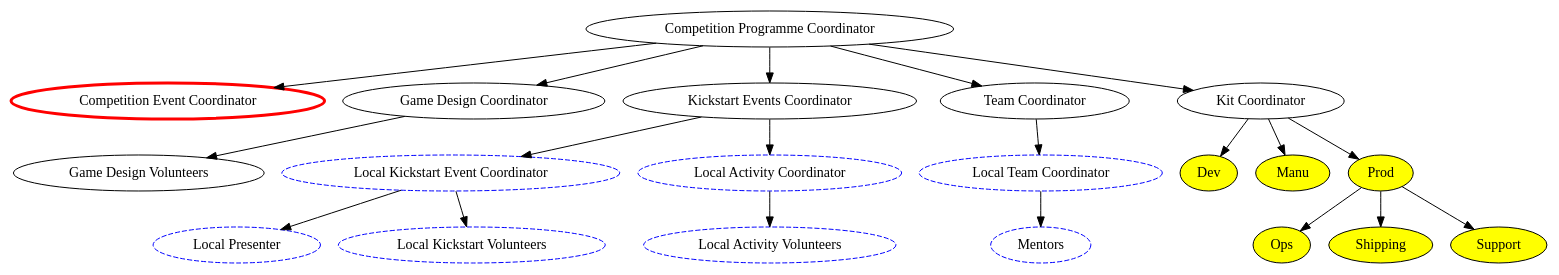
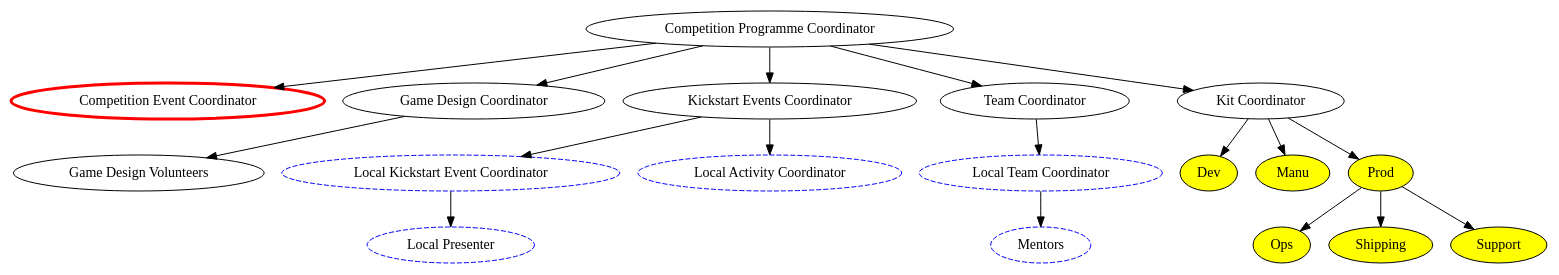
One commit to Adimote/legacy-ops-manual changed the diagram in org-chart/comp-prog.dot. Above: the diagram before and after it, drawn with Graphviz.

Commit message:
Remove local {kickstart,activity} volunteers
These aren't really roles in themselves. It's a responsibility of the
Local Kickstart Coordinator and the Local Activity Coordinator to ensure
that there are sufficient people to help out, but there's no need for
these people to be explicitly shown in the org-chart.

Note that I've left mentors, even though the same argument could hold for
them, because they're so core to our organisation I feel that they are
worth showing.

```diff
--- a/org-chart/comp-prog.dot
+++ b/org-chart/comp-prog.dot
@@ -1,56 +1,52 @@
 digraph {
 	####### Node declarations
 	comp_prog_coord [label="Competition Programme Coordinator" email="competition-program@studentrobotics.org"];
 	
 	# Competition Coordinator Subordinates
 	comp_event_coord [label="Competition Event Coordinator" color=red penwidth=3 rolesexclude=true]; // Email and tel defined in comp-event.dot
 	game_design_coord [label="Game Design Coordinator" email="game-design@studentrobotics.org"];
 	kickstart_event_coord [label="Kickstart Events Coordinator" email="kickstart@studentrobotics.org"];
 	team_coord [label="Team Coordinator" email="teams@studentrobotics.org"];
 	kit [label="Kit Coordinator" email="kit@studentrobotics.org"];
 	
 	### Fourth Level
 	
 	# Kickstart Event Coordinator Subordinates
 	local_ks_event_coord[label="Local Kickstart Event Coordinator" color=blue style=dashed contactsexclude=true];
 	local_activity_coord[label="Local Activity Coordinator" color=blue style=dashed contactsexclude=true];
 	
 	local_team_coord[label="Local Team Coordinator" color=blue style=dashed contactsexclude=true];
 
 	game_design_volunteers[label="Game Design Volunteers" contactsexclude=true];
 
 	# Kit Coordinator Subordinates
 	kit_dev[label="Dev" fillcolor=yellow style=filled contactsexclude=true];
 	kit_manu[label="Manu" fillcolor=yellow style=filled contactsexclude=true];
 	kit_prod[label="Prod" fillcolor=yellow style=filled contactsexclude=true];
 	
 	### Fifth Level
 	local_presenter[label="Local Presenter" color=blue style=dashed contactsexclude=true];
-	local_ks_volunteers[label="Local Kickstart Volunteers" color=blue style=dashed contactsexclude=true];
-	local_activity_volunteers[label="Local Activity Volunteers" color=blue style=dashed contactsexclude=true];
 	
 	mentors[label="Mentors" color=blue style=dashed contactsexclude=true];
 	
 	# Kit Prod Subordinates
 	kit_ops[label="Ops" fillcolor=yellow style=filled contactsexclude=true];
 	kit_shipping[label="Shipping" fillcolor=yellow style=filled contactsexclude=true];
 	kit_support[label="Support" fillcolor=yellow style=filled contactsexclude=true];
 	
 	###### Connections between nodes
 	
 	comp_prog_coord -> { comp_event_coord game_design_coord kickstart_event_coord team_coord kit };
 	
 	kickstart_event_coord -> { local_ks_event_coord local_activity_coord };
 		
-	local_ks_event_coord -> { local_presenter local_ks_volunteers };
-		
-	local_activity_coord -> local_activity_volunteers;
+	local_ks_event_coord -> { local_presenter };
 		
 	team_coord -> local_team_coord;
 	local_team_coord -> mentors;
 		
 	kit -> { kit_dev kit_manu kit_prod };
 	kit_prod -> { kit_ops kit_shipping kit_support };
 
 	game_design_coord -> game_design_volunteers;
 }
```
